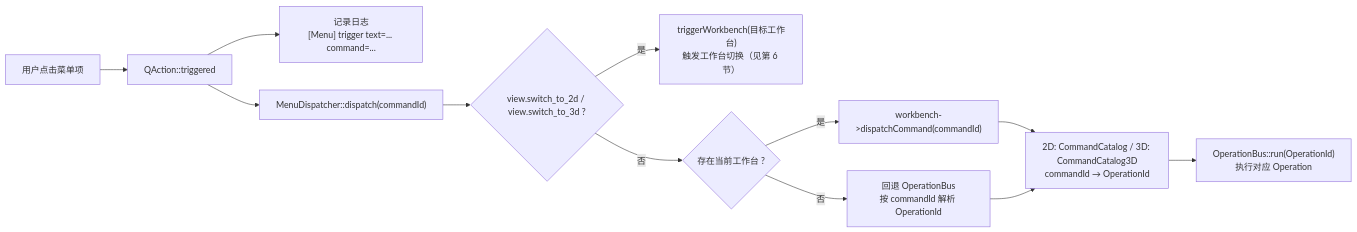
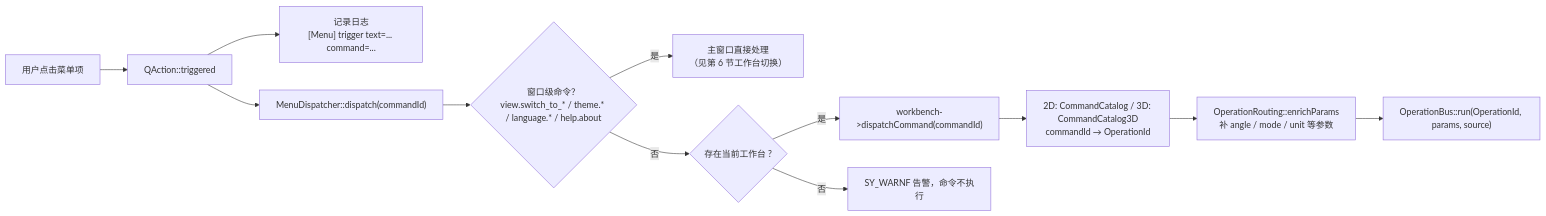
The fourth of 16 diagrams in Docs/01-当前架构/UI交互流程.md (yulinxx/CAD), drawn with Mermaid before and after one commit. The commit also changed other lines of this file and 17 other files, not shown here.

````diff
--- a/Docs/01-当前架构/UI交互流程.md
+++ b/Docs/01-当前架构/UI交互流程.md
@@ -135,14 +136,14 @@
 ```mermaid
 flowchart LR
     Click["用户点击菜单项"] --> Trigger["QAction::triggered"]
     Trigger --> Log["记录日志<br/>[Menu] trigger text=... command=..."]
     Trigger --> Dispatch["MenuDispatcher::dispatch(commandId)"]
-    Dispatch --> Switch{"view.switch_to_2d / view.switch_to_3d ?"}
-    Switch -- "是" --> WB["triggerWorkbench(目标工作台)<br/>触发工作台切换（见第 6 节）"]
+    Dispatch --> Switch{"窗口级命令？<br/>view.switch_to_* / theme.* / language.* / help.about"}
+    Switch -- "是" --> WB["主窗口直接处理<br/>（见第 6 节工作台切换）"]
     Switch -- "否" --> HasWB{"存在当前工作台 ?"}
     HasWB -- "是" --> WB2["workbench->dispatchCommand(commandId)"]
-    HasWB -- "否" --> Bus["回退 OperationBus<br/>按 commandId 解析 OperationId"]
+    HasWB -- "否" --> Warn["SY_WARNF 告警，命令不执行"]
     WB2 --> Catalog["2D: CommandCatalog / 3D: CommandCatalog3D<br/>commandId → OperationId"]
-    Bus --> Catalog
-    Catalog --> Run["OperationBus::run(OperationId)<br/>执行对应 Operation"]
+    Catalog --> Enrich["OperationRouting::enrichParams<br/>补 angle / mode / unit 等参数"]
+    Enrich --> Run["OperationBus::run(OperationId, params, source)"]
 ```
````
